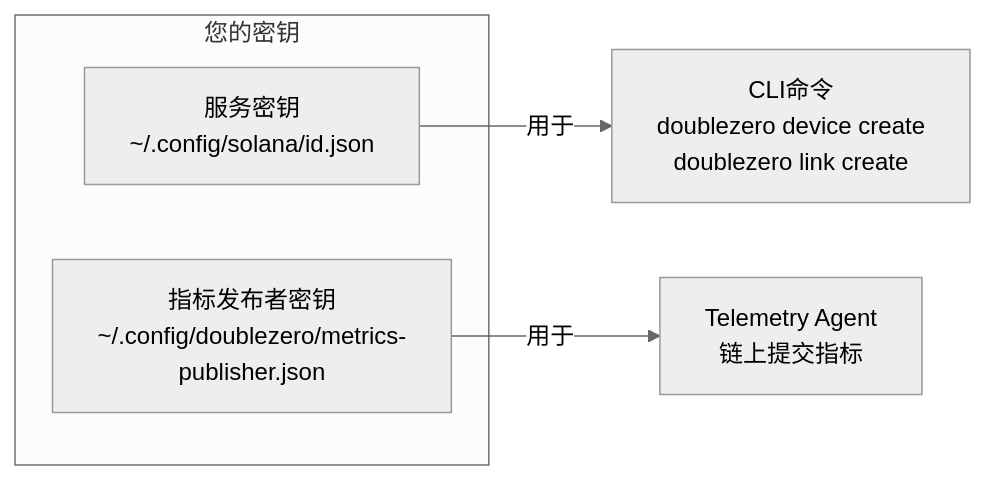
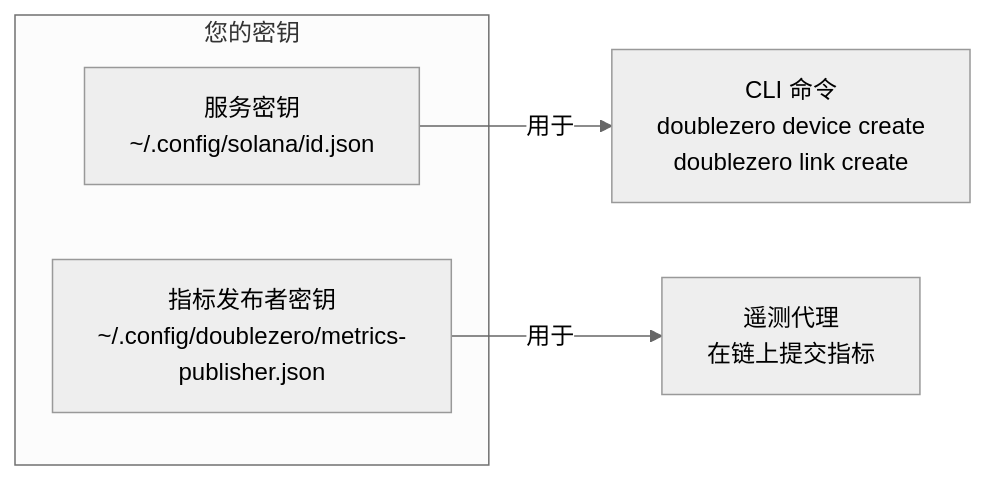
One commit to malbeclabs/docs changed the fourth of 13 diagrams in docs/contribute-provisioning.zh.md. Above: the diagram before and after it, drawn with Mermaid (neutral theme). The commit also changed other lines of this file and 160 other files, not shown here.

````diff
--- a/docs/contribute-provisioning.zh.md
+++ b/docs/contribute-provisioning.zh.md
@@ -166,10 +205,10 @@
 ```mermaid
 flowchart LR
     subgraph "您的密钥"
         SK[服务密钥<br/>~/.config/solana/id.json]
         MK[指标发布者密钥<br/>~/.config/doublezero/metrics-publisher.json]
     end
 
-    SK -->|用于| CLI[CLI命令<br/>doublezero device create<br/>doublezero link create]
-    MK -->|用于| TEL[Telemetry Agent<br/>链上提交指标]
+    SK -->|用于| CLI[CLI 命令<br/>doublezero device create<br/>doublezero link create]
+    MK -->|用于| TEL[遥测代理<br/>在链上提交指标]
 ```
````
